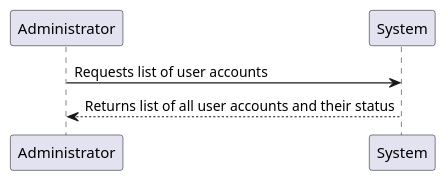
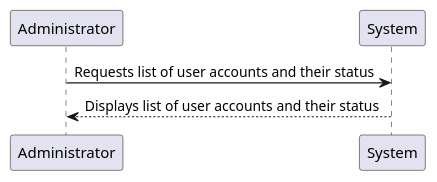
One commit to ivo-menezes/project_g3 changed the diagram in docs/modelling_design/user_stories/us004/US004_ListAllAccountsAndStatusSSD.puml. Above: the diagram before and after it, drawn with PlantUML.

Commit message:
US004: Analysis: List all accounts and status SSD

```diff
--- a/docs/modelling_design/user_stories/us004/US004_ListAllAccountsAndStatusSSD.puml
+++ b/docs/modelling_design/user_stories/us004/US004_ListAllAccountsAndStatusSSD.puml
@@ -1,7 +1,4 @@
 @startuml
-'https://plantuml.com/sequence-diagram
-
-Administrator -> System: Requests list of user accounts
-Administrator <-- System: Returns list of all user accounts and their status
-
+Administrator -> System: Requests list of user accounts and their status
+Administrator <-- System: Displays list of user accounts and their status
 @enduml
```
